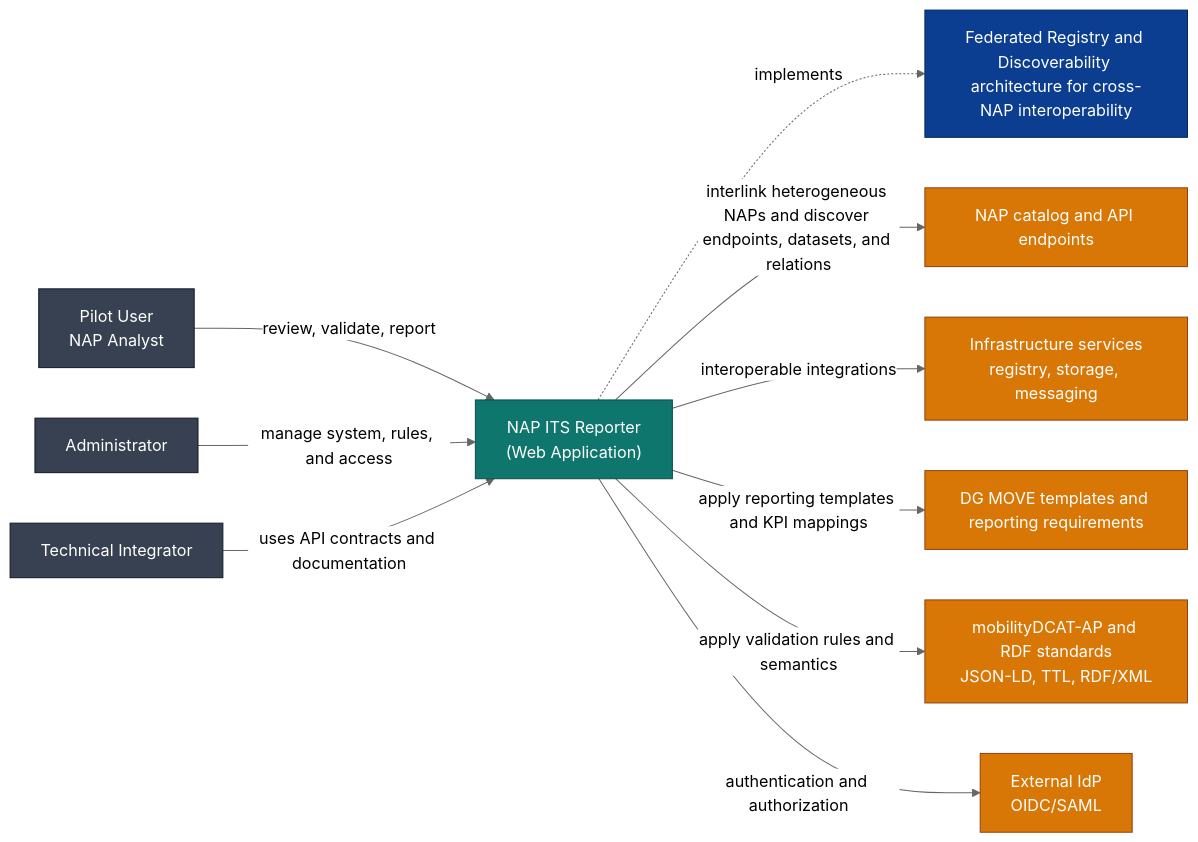
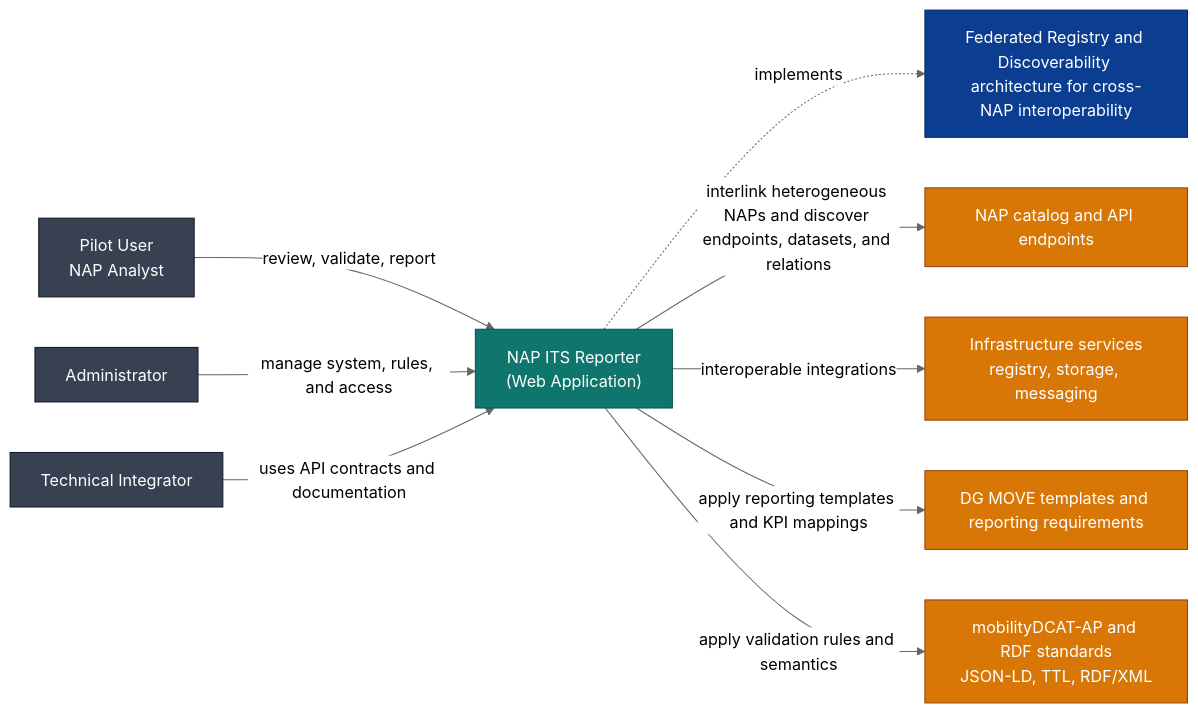
Before and after one commit to UM-KGPI/Napcore-ITS-Reporting: the first of 4 diagrams in docs/architecture/c4-design.md, drawn with Mermaid (neutral theme). The commit also changed other lines of this file and 5 other files, not shown here.

Commit message:
Remove external identity provider from architecture views

````diff
--- a/docs/architecture/c4-design.md
+++ b/docs/architecture/c4-design.md
@@ -15,30 +15,28 @@
 ```mermaid
 flowchart LR
     classDef system fill:#0b3d91,stroke:#08295f,color:#fff
     classDef app fill:#0f766e,stroke:#0a4f4a,color:#fff
     classDef ext fill:#d97706,stroke:#92400e,color:#fff
     classDef user fill:#374151,stroke:#111827,color:#fff
 
     U1[Pilot User\nNAP Analyst]:::user
     U2[Administrator]:::user
     U3[Technical Integrator]:::user
 
     APP["NAP ITS Reporter\n(Web Application)"]:::app
     PATTERN["Federated Registry and Discoverability architecture for cross-NAP interoperability"]:::system
 
     NAP[NAP catalog and API endpoints]:::ext
     INFRA[Infrastructure services\nregistry, storage, messaging]:::ext
     DGMOVE[DG MOVE templates and reporting requirements]:::ext
     STD[mobilityDCAT-AP and RDF standards\nJSON-LD, TTL, RDF/XML]:::ext
-    IDP[External IdP\nOIDC/SAML]:::ext
 
     U1 -->|review, validate, report| APP
     U2 -->|manage system, rules, and access| APP
     U3 -->|uses API contracts and documentation| APP
     APP -.implements.-> PATTERN
     APP -->|interlink heterogeneous NAPs and discover endpoints, datasets, and relations| NAP
     APP -->|interoperable integrations| INFRA
     APP -->|apply reporting templates and KPI mappings| DGMOVE
     APP -->|apply validation rules and semantics| STD
-    APP -->|authentication and authorization| IDP
 ```
````
